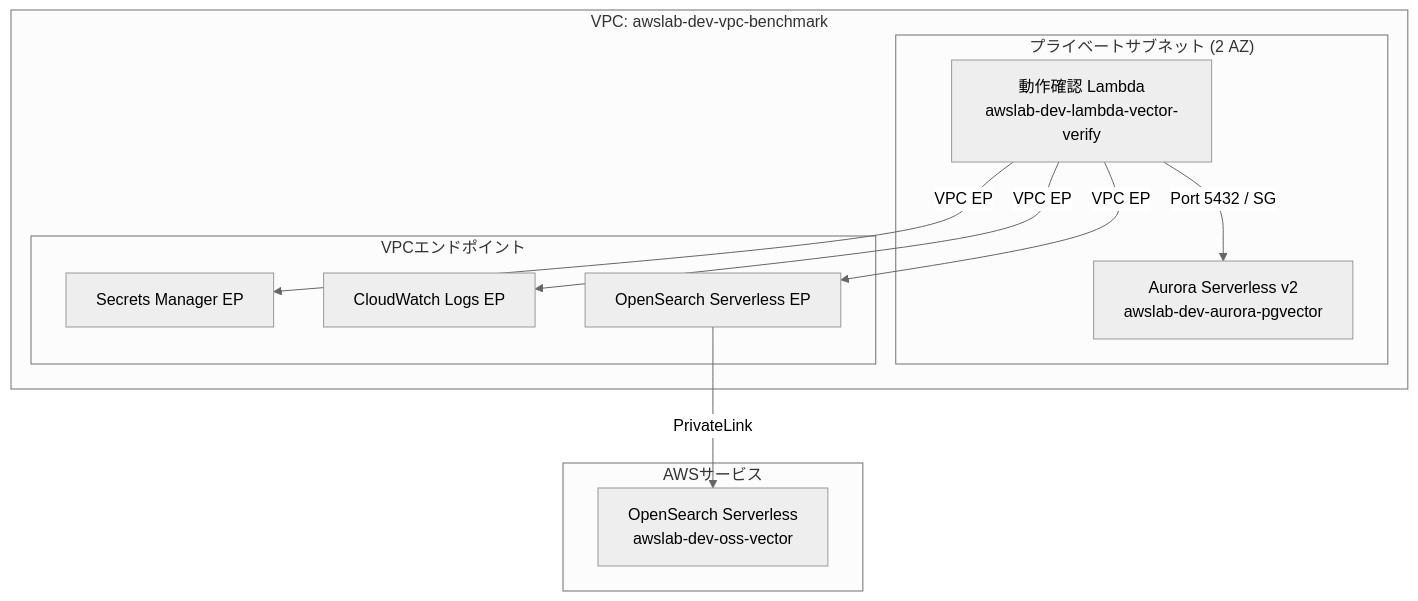
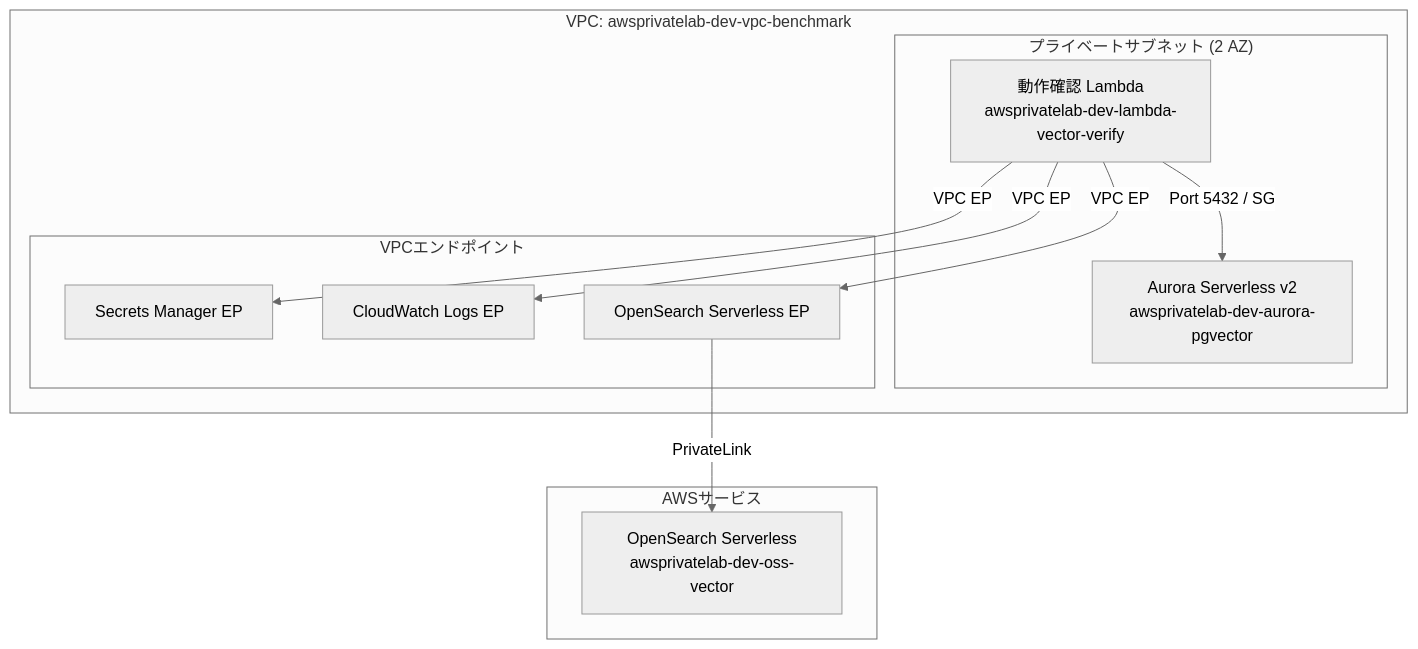
One commit to satoshi256kbyte/vector-db-benchmark changed the first of 2 diagrams in .kiro/specs/01-vector-db-benchmark/design.md. Above: the diagram before and after it, drawn with Mermaid (neutral theme). The commit also changed other lines of this file and 20 other files, not shown here.

````diff
--- a/.kiro/specs/01-vector-db-benchmark/design.md
+++ b/.kiro/specs/01-vector-db-benchmark/design.md
@@ -21,24 +21,24 @@
 ```mermaid
 graph TB
-    subgraph VPC["VPC: awslab-dev-vpc-benchmark"]
+    subgraph VPC["VPC: awsprivatelab-dev-vpc-benchmark"]
         subgraph PrivateSubnet["プライベートサブネット (2 AZ)"]
-            Lambda["動作確認 Lambda<br/>awslab-dev-lambda-vector-verify"]
-            Aurora["Aurora Serverless v2<br/>awslab-dev-aurora-pgvector"]
+            Lambda["動作確認 Lambda<br/>awsprivatelab-dev-lambda-vector-verify"]
+            Aurora["Aurora Serverless v2<br/>awsprivatelab-dev-aurora-pgvector"]
         end
 
         subgraph VPCEndpoints["VPCエンドポイント"]
             EP_SM["Secrets Manager EP"]
             EP_CW["CloudWatch Logs EP"]
             EP_OS["OpenSearch Serverless EP"]
         end
     end
 
     subgraph AWSServices["AWSサービス"]
-        OSS["OpenSearch Serverless<br/>awslab-dev-oss-vector"]
+        OSS["OpenSearch Serverless<br/>awsprivatelab-dev-oss-vector"]
     end
 
     Lambda -->|"Port 5432 / SG"| Aurora
     Lambda -->|"VPC EP"| EP_OS -->|"PrivateLink"| OSS
     Lambda -->|"VPC EP"| EP_SM
     Lambda -->|"VPC EP"| EP_CW
 ```
````
